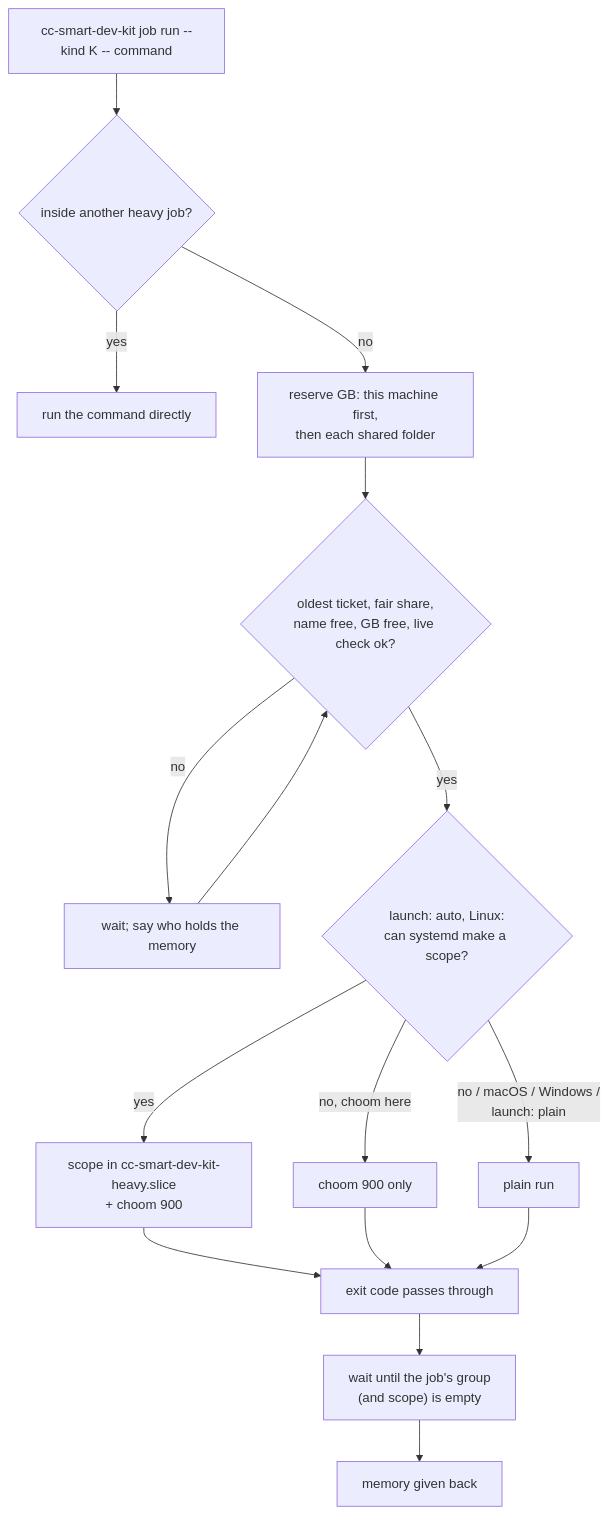
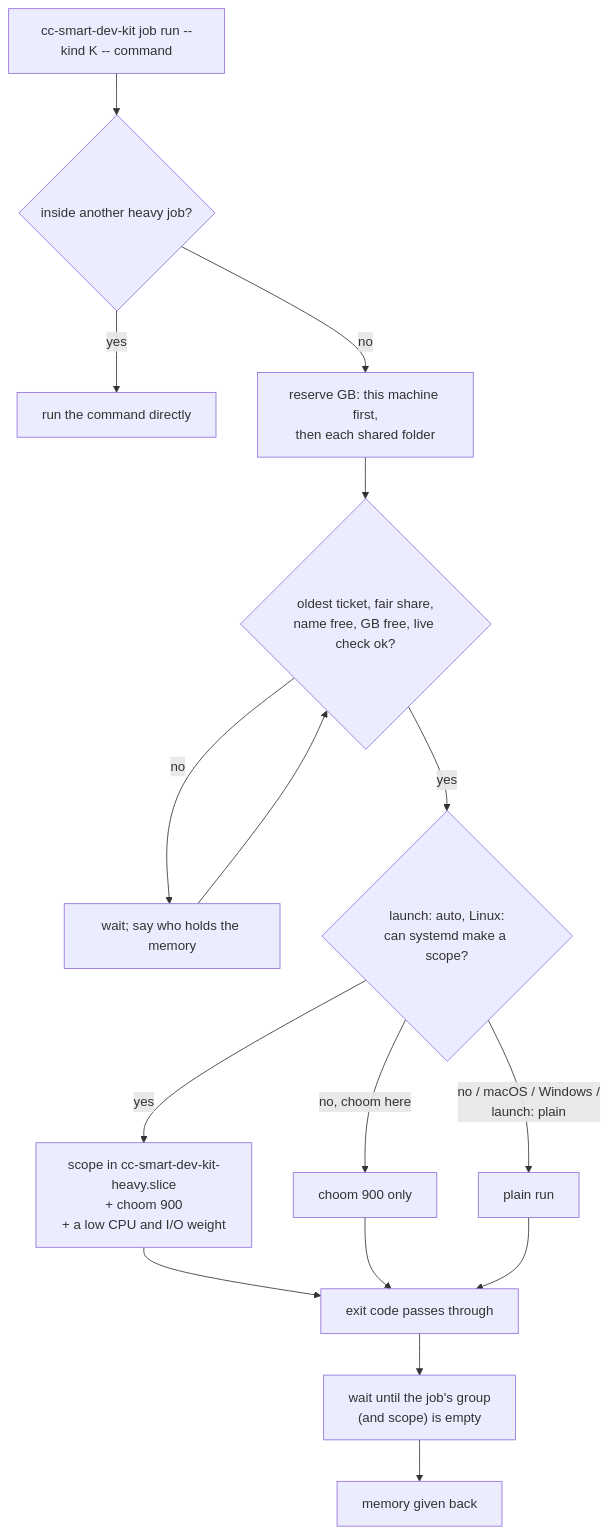
Before and after one commit to sellanybiz/cc-smart-dev-kit: the diagram in docs/jobs.md, drawn with Mermaid. The commit also changed other lines of this file and 38 other files, not shown here.

First line of the commit message:
feat(J2): heavy jobs give way on CPU and disk I/O under load

````diff
--- a/docs/jobs.md
+++ b/docs/jobs.md
@@ -26,18 +28,18 @@
 ```mermaid
 flowchart TD
     J["cc-smart-dev-kit job run --kind K -- command"] --> N{"inside another heavy job?"}
     N -->|"yes"| D["run the command directly"]
     N -->|"no"| R["reserve GB: this machine first,<br/>then each shared folder"]
     R --> W{"oldest ticket, fair share,<br/>name free, GB free, live check ok?"}
     W -->|"no"| L["wait; say who holds the memory"]
     L --> W
     W -->|"yes"| P{"launch: auto, Linux:<br/>can systemd make a scope?"}
-    P -->|"yes"| S["scope in cc-smart-dev-kit-heavy.slice<br/>+ choom 900"]
+    P -->|"yes"| S["scope in cc-smart-dev-kit-heavy.slice<br/>+ choom 900<br/>+ a low CPU and I/O weight"]
     P -->|"no, choom here"| C["choom 900 only"]
     P -->|"no / macOS / Windows /<br/>launch: plain"| PL["plain run"]
     S --> E["exit code passes through"]
     C --> E
     PL --> E
     E --> G["wait until the job's group<br/>(and scope) is empty"]
     G --> Z["memory given back"]
 ```
````
